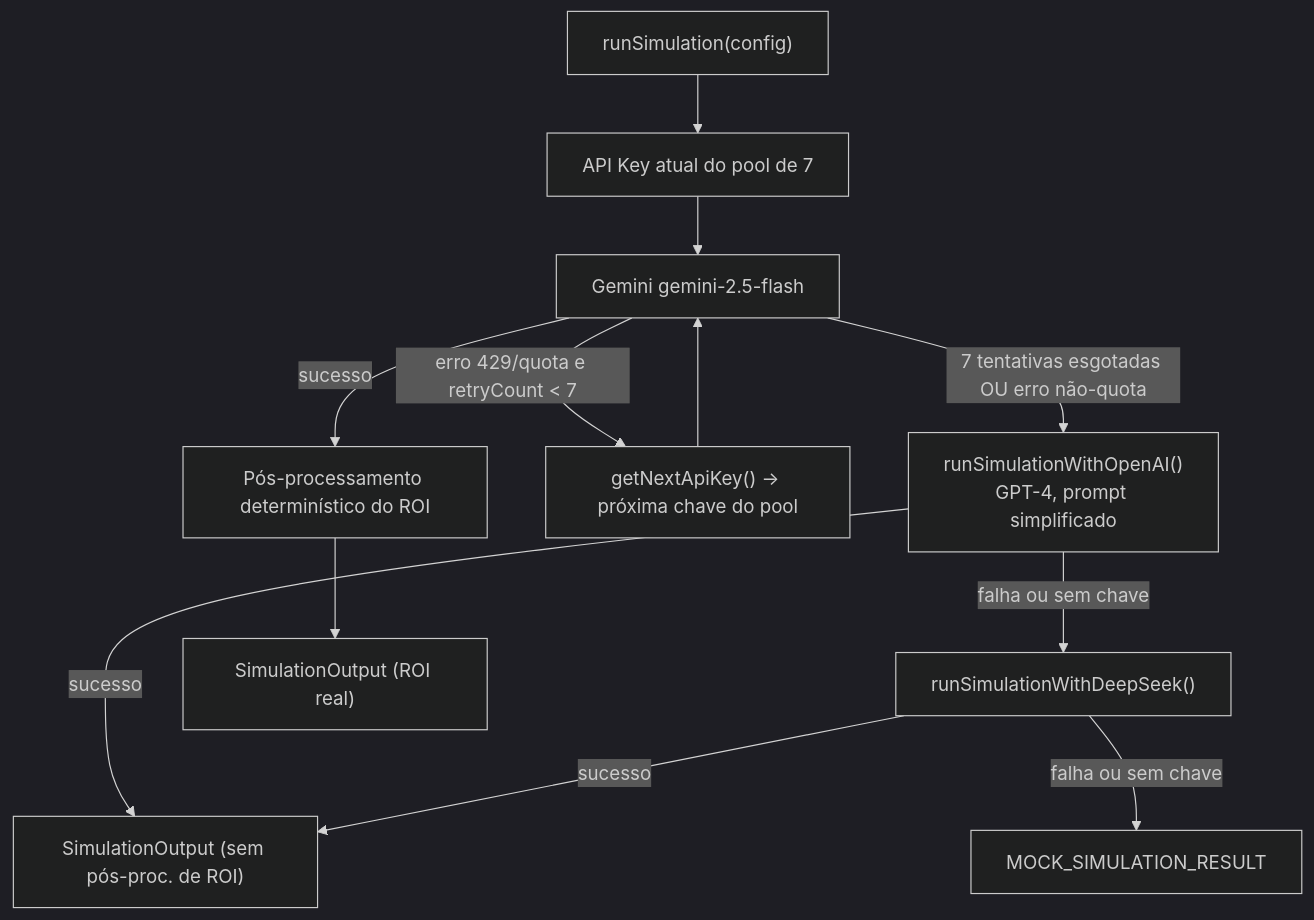
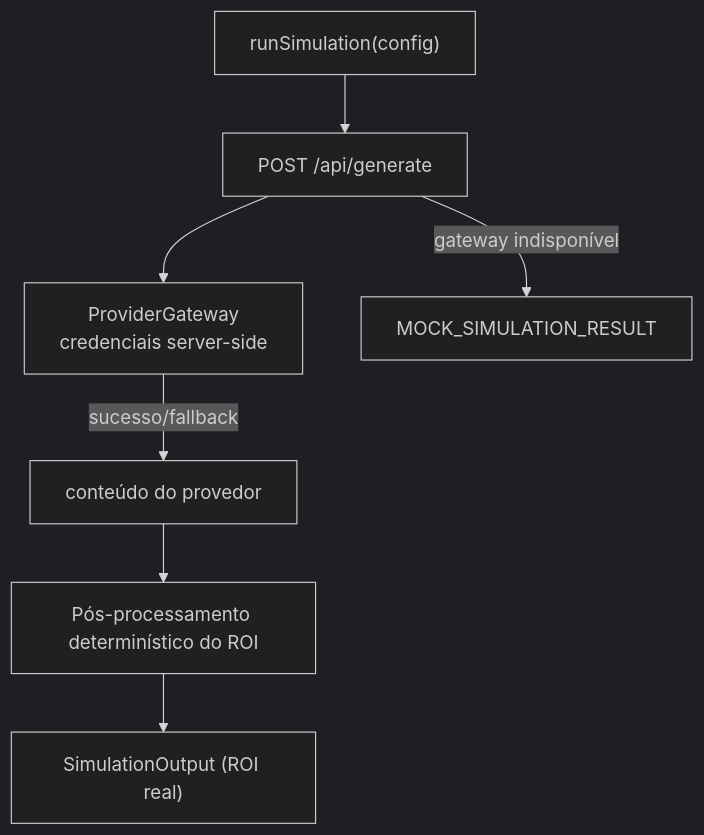
Before and after one commit to andrecodexvictor/Frame-sim: the seventh of 10 diagrams in DIAGRAMAS.md, drawn with Mermaid (dark theme). The commit also changed other lines of this file and 71 other files, not shown here.

````diff
--- a/DIAGRAMAS.md
+++ b/DIAGRAMAS.md
@@ -333,14 +334,9 @@
 ```mermaid
 flowchart TD
-    Start["runSimulation(config)"] --> Key["API Key atual do pool de 7"]
-    Key --> Call["Gemini gemini-2.5-flash"]
-    Call -->|"sucesso"| PostProc["Pós-processamento determinístico do ROI"]
-    Call -->|"erro 429/quota e retryCount < 7"| Rotate["getNextApiKey() → próxima chave do pool"]
-    Rotate --> Call
-    Call -->|"7 tentativas esgotadas OU erro não-quota"| OpenAI["runSimulationWithOpenAI()<br/>GPT-4, prompt simplificado"]
-    OpenAI -->|"sucesso"| Result["SimulationOutput (sem pós-proc. de ROI)"]
-    OpenAI -->|"falha ou sem chave"| DeepSeek["runSimulationWithDeepSeek()"]
-    DeepSeek -->|"sucesso"| Result
-    DeepSeek -->|"falha ou sem chave"| Mock["MOCK_SIMULATION_RESULT"]
+    Start["runSimulation(config)"] --> Call["POST /api/generate"]
+    Call --> Gateway["ProviderGateway<br/>credenciais server-side"]
+    Gateway -->|"sucesso/fallback"| Result["conteúdo do provedor"]
+    Call -->|"gateway indisponível"| Mock["MOCK_SIMULATION_RESULT"]
+    Result --> PostProc["Pós-processamento determinístico do ROI"]
     PostProc --> Result2["SimulationOutput (ROI real)"]
 ```
````
